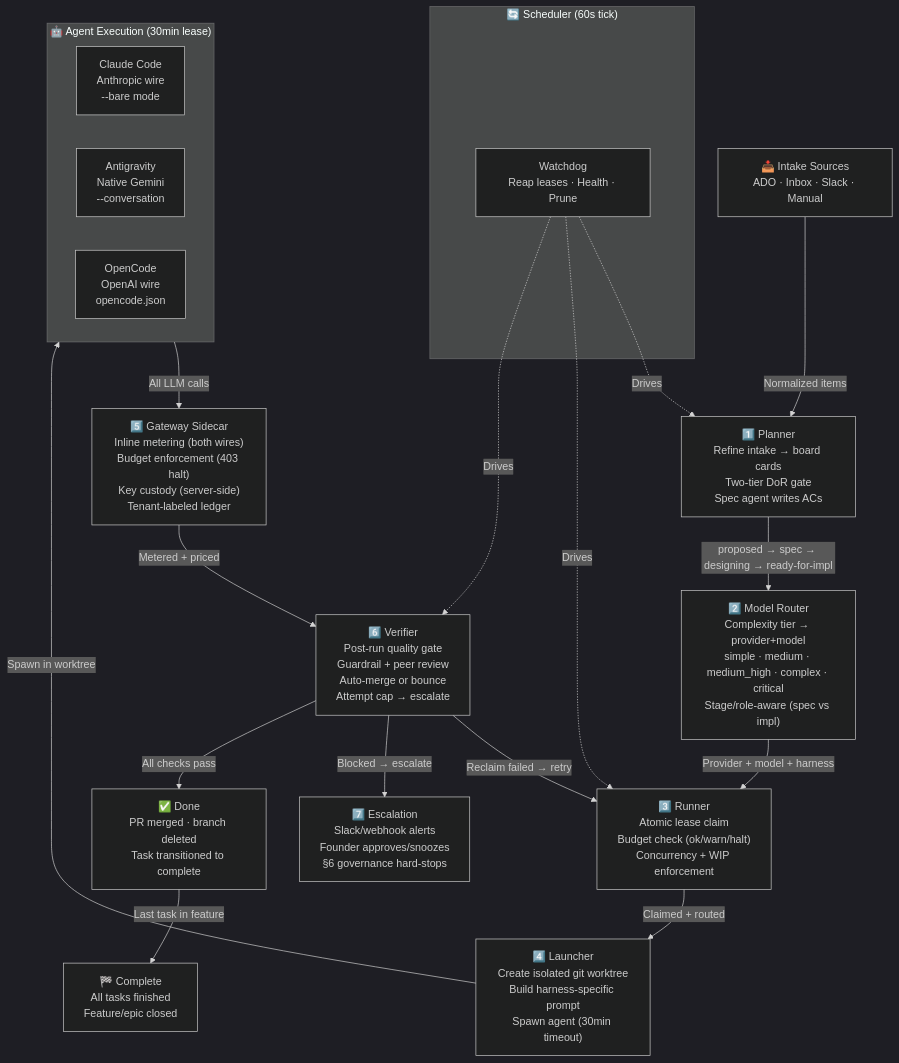
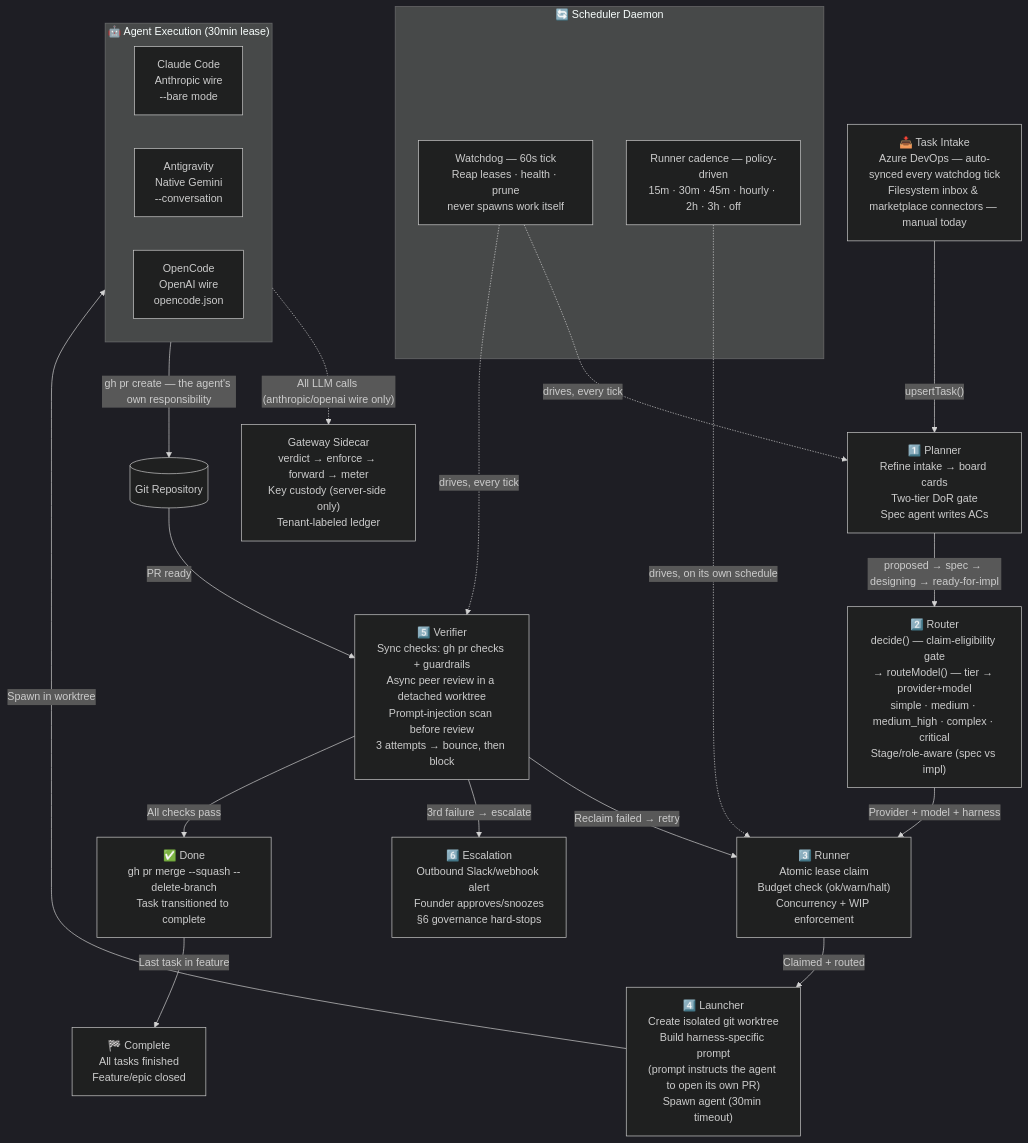
One commit to gravity-7/meridianos-core changed the diagram in docs/diagrams/processing-pipeline.md. Above: the diagram before and after it, drawn with Mermaid (dark theme). The commit also changed other lines of this file and 58 other files, not shown here.

````diff
--- a/docs/diagrams/processing-pipeline.md
+++ b/docs/diagrams/processing-pipeline.md
@@ -3,49 +10,52 @@
 ```mermaid
 flowchart TD
-    Intake["📥 Intake Sources<br/>ADO · Inbox · Slack · Manual"]
-    
-    subgraph Scheduler["🔄 Scheduler (60s tick)"]
-        Watchdog["Watchdog<br/>Reap leases · Health · Prune"]
+    Intake["📥 Task Intake<br/>Azure DevOps — auto-synced every watchdog tick<br/>Filesystem inbox &amp; marketplace connectors — manual today"]
+
+    subgraph SchedulerBox["🔄 Scheduler Daemon"]
+        Watchdog["Watchdog — 60s tick<br/>Reap leases · health · prune<br/>never spawns work itself"]
+        RunnerCadence["Runner cadence — policy-driven<br/>15m · 30m · 45m · hourly · 2h · 3h · off"]
     end
 
-    Intake -->|"Normalized items"| Planner
+    Intake -->|"upsertTask()"| Planner
 
     Planner["1️⃣ Planner<br/>Refine intake → board cards<br/>Two-tier DoR gate<br/>Spec agent writes ACs"]
     Planner -->|"proposed → spec → designing → ready-for-impl"| Router
 
-    Router["2️⃣ Model Router<br/>Complexity tier → provider+model<br/>simple · medium · medium_high · complex · critical<br/>Stage/role-aware (spec vs impl)"]
+    Router["2️⃣ Router<br/>decide() — claim-eligibility gate<br/>→ routeModel() — tier → provider+model<br/>simple · medium · medium_high · complex · critical<br/>Stage/role-aware (spec vs impl)"]
     Router -->|"Provider + model + harness"| Runner
 
     Runner["3️⃣ Runner<br/>Atomic lease claim<br/>Budget check (ok/warn/halt)<br/>Concurrency + WIP enforcement"]
     Runner -->|"Claimed + routed"| Launcher
 
-    Launcher["4️⃣ Launcher<br/>Create isolated git worktree<br/>Build harness-specific prompt<br/>Spawn agent (30min timeout)"]
+    Launcher["4️⃣ Launcher<br/>Create isolated git worktree<br/>Build harness-specific prompt<br/>(prompt instructs the agent to open its own PR)<br/>Spawn agent (30min timeout)"]
     Launcher -->|"Spawn in worktree"| AgentBox
 
     subgraph AgentBox["🤖 Agent Execution (30min lease)"]
         Claude["Claude Code<br/>Anthropic wire<br/>--bare mode"]
         Antigravity["Antigravity<br/>Native Gemini<br/>--conversation"]
         OpenCode["OpenCode<br/>OpenAI wire<br/>opencode.json"]
     end
 
-    AgentBox -->|"All LLM calls"| Gateway
+    AgentBox -.->|"All LLM calls (anthropic/openai wire only)"| Gateway
+    AgentBox -->|"gh pr create — the agent's own responsibility"| GitRepo[("Git Repository")]
 
-    Gateway["5️⃣ Gateway Sidecar<br/>Inline metering (both wires)<br/>Budget enforcement (403 halt)<br/>Key custody (server-side)<br/>Tenant-labeled ledger"]
-    Gateway -->|"Metered + priced"| Verifier
+    Gateway["Gateway Sidecar<br/>verdict → enforce → forward → meter<br/>Key custody (server-side only)<br/>Tenant-labeled ledger"]
 
-    Verifier["6️⃣ Verifier<br/>Post-run quality gate<br/>Guardrail + peer review<br/>Auto-merge or bounce<br/>Attempt cap → escalate"]
+    GitRepo -->|"PR ready"| Verifier
+
+    Verifier["5️⃣ Verifier<br/>Sync checks: gh pr checks + guardrails<br/>Async peer review in a detached worktree<br/>Prompt-injection scan before review<br/>3 attempts → bounce, then block"]
     Verifier -->|"Reclaim failed → retry"| Runner
-    Verifier -->|"Blocked → escalate"| Escalation
+    Verifier -->|"3rd failure → escalate"| Escalation
     Verifier -->|"All checks pass"| Done
 
-    Escalation["7️⃣ Escalation<br/>Slack/webhook alerts<br/>Founder approves/snoozes<br/>§6 governance hard-stops"]
+    Escalation["6️⃣ Escalation<br/>Outbound Slack/webhook alert<br/>Founder approves/snoozes<br/>§6 governance hard-stops"]
 
-    Done["✅ Done<br/>PR merged · branch deleted<br/>Task transitioned to complete"]
+    Done["✅ Done<br/>gh pr merge --squash --delete-branch<br/>Task transitioned to complete"]
     Complete["🏁 Complete<br/>All tasks finished<br/>Feature/epic closed"]
 
     Done -->|"Last task in feature"| Complete
 
-    Watchdog -.->|"Drives"| Planner
-    Watchdog -.->|"Drives"| Runner
-    Watchdog -.->|"Drives"| Verifier
+    Watchdog -.->|"drives, every tick"| Planner
+    Watchdog -.->|"drives, every tick"| Verifier
+    RunnerCadence -.->|"drives, on its own schedule"| Runner
 ```
````
